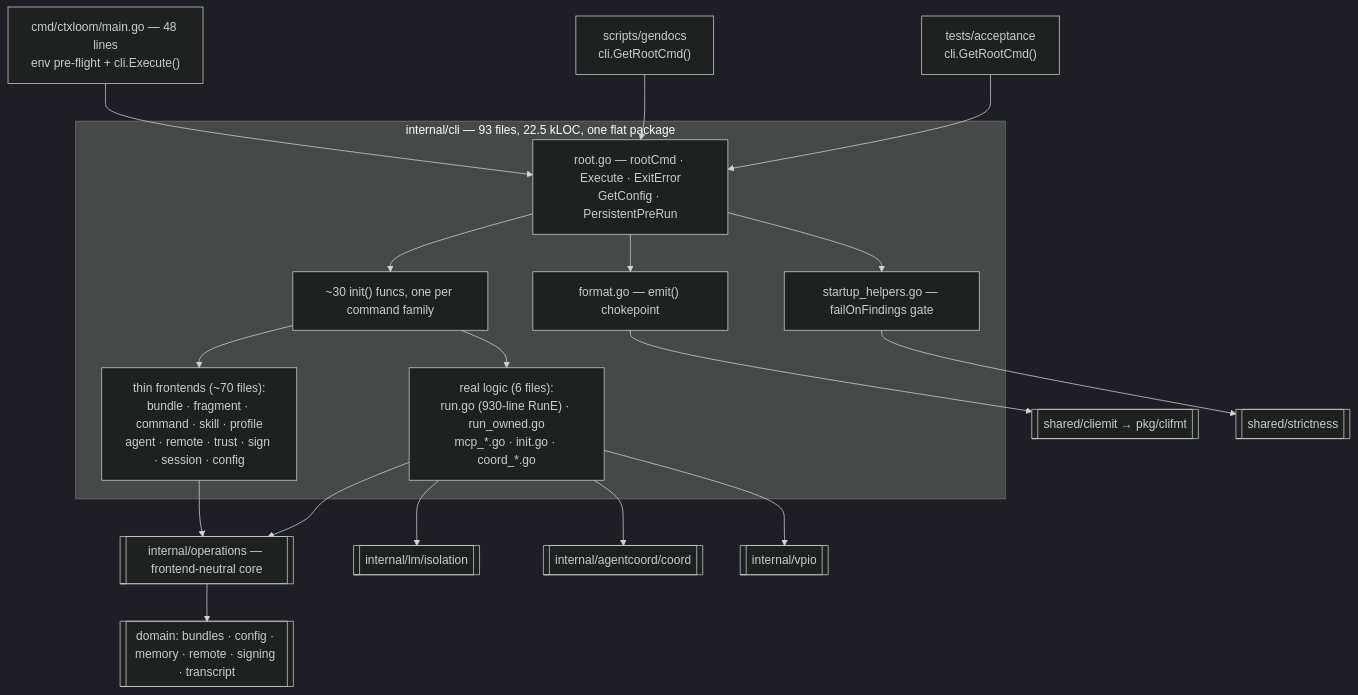
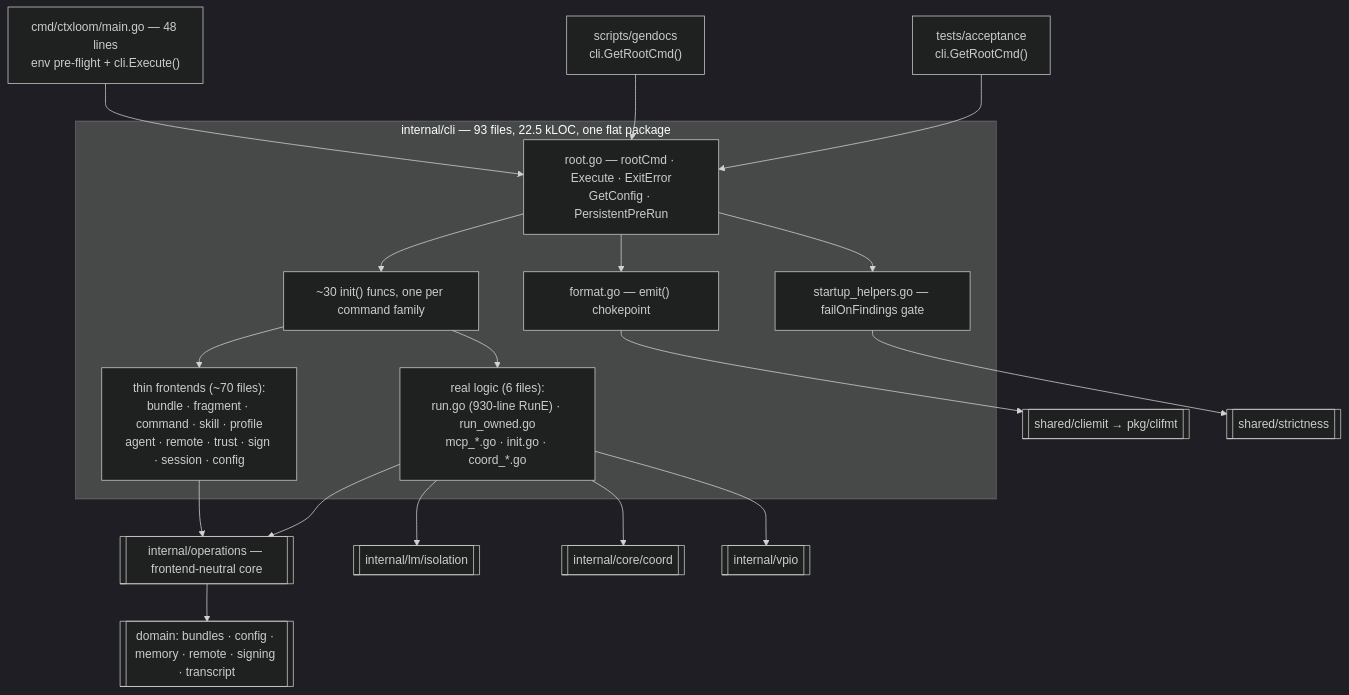
One commit to ctxloom/ctxloom changed the diagram in docs/architecture/cli/README.md. Above: the diagram before and after it, drawn with Mermaid (dark theme). The commit also changed 1836 other files, not shown here.

First line of the commit message:
refactor(arch): move the core ring into internal/core

````diff
--- a/docs/architecture/cli/README.md
+++ b/docs/architecture/cli/README.md
@@ -18,28 +18,28 @@
 ```mermaid
 flowchart TD
     MAIN["cmd/ctxloom/main.go — 48 lines<br/>env pre-flight + cli.Execute()"]
     GD["scripts/gendocs<br/>cli.GetRootCmd()"]
     ACC["tests/acceptance<br/>cli.GetRootCmd()"]
 
     MAIN --> ROOT
     GD --> ROOT
     ACC --> ROOT
 
     subgraph cli["internal/cli — 93 files, 22.5 kLOC, one flat package"]
         ROOT["root.go — rootCmd · Execute · ExitError<br/>GetConfig · PersistentPreRun"]
         ROOT --> FMT["format.go — emit() chokepoint"]
         ROOT --> SH["startup_helpers.go — failOnFindings gate"]
         ROOT --> CMDS["~30 init() funcs, one per command family"]
         CMDS --> THIN["thin frontends (~70 files):<br/>bundle · fragment · command · skill · profile<br/>agent · remote · trust · sign · session · config"]
         CMDS --> THICK["real logic (6 files):<br/>run.go (930-line RunE) · run_owned.go<br/>mcp_*.go · init.go · coord_*.go"]
     end
 
     THIN --> OPS[["internal/operations — frontend-neutral core"]]
     THICK --> OPS
     THICK --> ISO[["internal/lm/isolation"]]
-    THICK --> COORD[["internal/agentcoord/coord"]]
+    THICK --> COORD[["internal/core/coord"]]
     THICK --> VPIO[["internal/vpio"]]
     OPS --> DOM[["domain: bundles · config · memory · remote · signing · transcript"]]
     FMT --> CE[["shared/cliemit → pkg/clifmt"]]
     SH --> STR[["shared/strictness"]]
 ```
````
